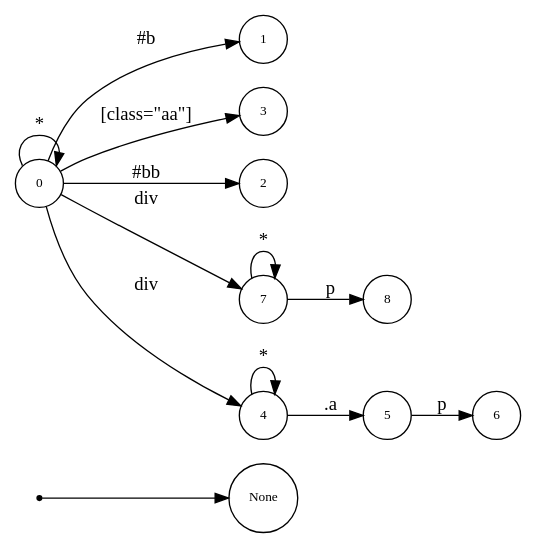
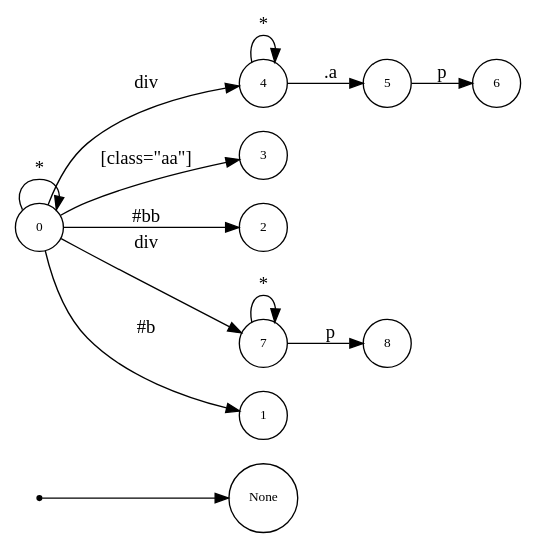
Before and after one commit to asukaminato0721/css-bitvector-compiler: the diagram in css-gen-op/testcase/dot_quad.dot, drawn with Graphviz. The commit also changed other lines of this file and 53 other files, not shown here.

```diff
--- a/css-gen-op/testcase/dot_quad.dot
+++ b/css-gen-op/testcase/dot_quad.dot
@@ -1,27 +1,27 @@
 digraph NFA {
   rankdir=LR;
   node [shape=circle, fontsize=10];
   __start [shape=point, label=""];
   __start -> None;
-  1 [label="1"];
-  3 [label="3"];
-  2 [label="2"];
+  4 [label="4"];
   0 [label="0"];
   5 [label="5"];
+  3 [label="3"];
+  8 [label="8"];
+  2 [label="2"];
   7 [label="7"];
-  8 [label="8"];
   6 [label="6"];
-  4 [label="4"];
+  1 [label="1"];
   { node [shape=doublecircle]; 1 2 3 6 8 }
   0 -> 0 [label="*"];
   0 -> 1 [label="#b"];
   0 -> 2 [label="#bb"];
   0 -> 3 [label="[class=\"aa\"]"];
   0 -> 4 [label="div"];
   4 -> 4 [label="*"];
   4 -> 5 [label=".a"];
   5 -> 6 [label="p"];
   0 -> 7 [label="div"];
   7 -> 7 [label="*"];
   7 -> 8 [label="p"];
 }
```
